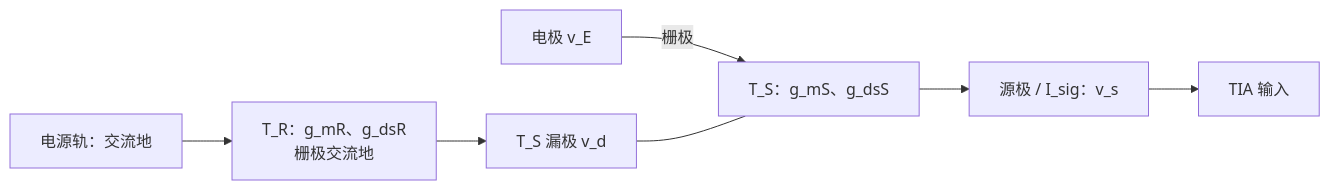
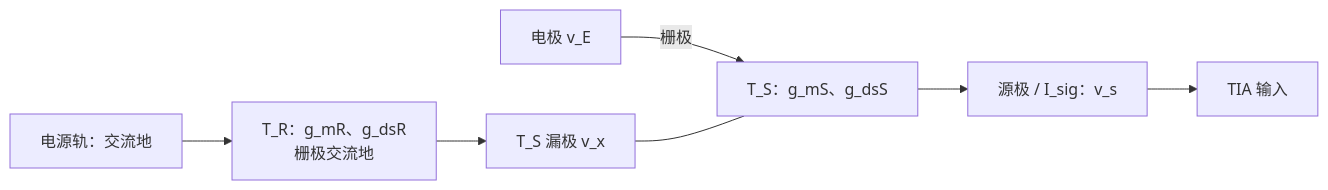
The third of 6 diagrams in TFT/TFT1.md (myliu0217-lab/mynotes), drawn with Mermaid before and after one commit. The commit also changed other lines of this file and 2 other files, not shown here.

````diff
--- a/TFT/TFT1.md
+++ b/TFT/TFT1.md
@@ -277,9 +320,9 @@
 ```mermaid
 flowchart LR
     G["电源轨：交流地"] --> TR["T_R：g_mR、g_dsR\n栅极交流地"]
-    TR --> D["T_S 漏极 v_d"]
+    TR --> D["T_S 漏极 v_x"]
     VE["电极 v_E"] -->|"栅极"| TS["T_S：g_mS、g_dsS"]
     D --- TS
     TS --> S["源极 / I_sig：v_s"]
     S --> TIA["TIA 输入"]
 ```
````
